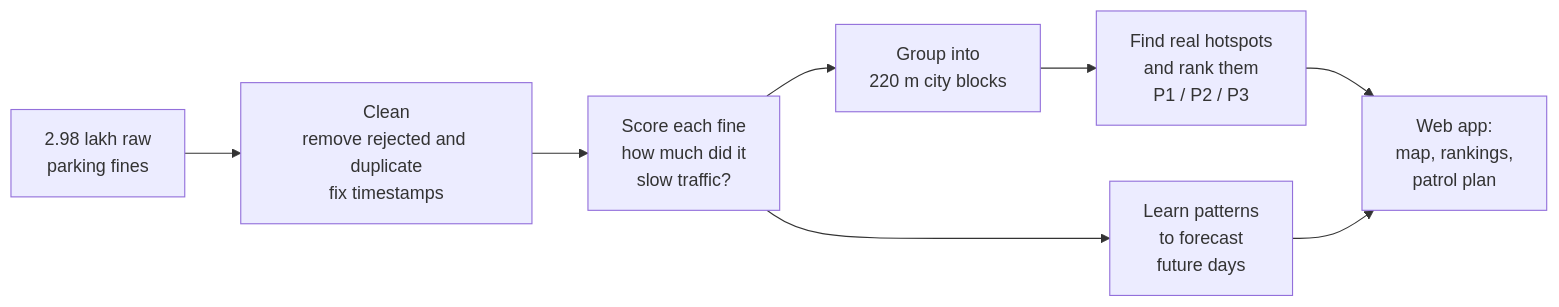
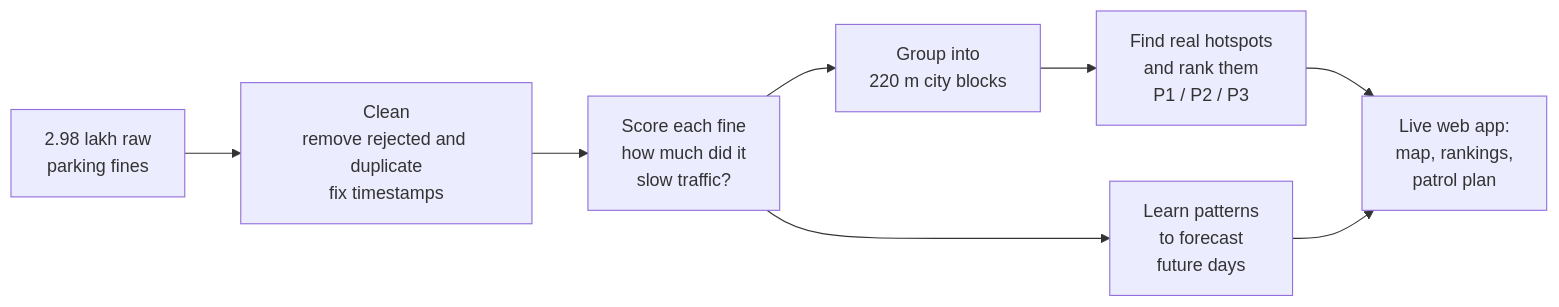
Before and after one commit to Karthikeya70/Gridlock-2.0: the diagram in README.md, drawn with Mermaid. The commit also changed other lines of this file and 11 other files, not shown here.

````diff
--- a/README.md
+++ b/README.md
@@ -84,10 +87,10 @@
 ```mermaid
 flowchart LR
     A[2.98 lakh raw<br/>parking fines] --> B[Clean<br/>remove rejected and duplicate<br/>fix timestamps]
     B --> C[Score each fine<br/>how much did it<br/>slow traffic?]
     C --> D[Group into<br/>220 m city blocks]
     D --> E[Find real hotspots<br/>and rank them<br/>P1 / P2 / P3]
     C --> F[Learn patterns<br/>to forecast<br/>future days]
-    E --> G[Web app:<br/>map, rankings,<br/>patrol plan]
+    E --> G[Live web app:<br/>map, rankings,<br/>patrol plan]
     F --> G
 ```
````
